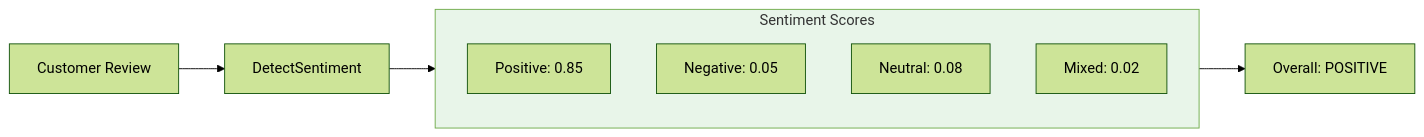
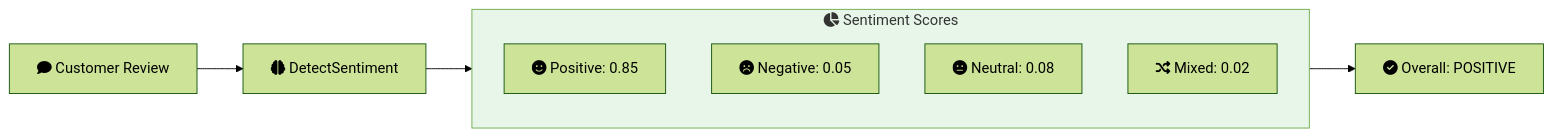
One commit to vinu76jsr/aws-sample-projects changed the second of 4 diagrams in aws-ml-associate-prep/11-comprehend-nlp/LAB.md. Above: the diagram before and after it, drawn with Mermaid (forest theme). The commit also changed other lines of this file and 15 other files, not shown here.

First line of the commit message:
Add Font Awesome icons to all Mermaid diagrams

````diff
--- a/aws-ml-associate-prep/11-comprehend-nlp/LAB.md
+++ b/aws-ml-associate-prep/11-comprehend-nlp/LAB.md
@@ -55,17 +55,17 @@
 ```mermaid
 flowchart LR
-    Text["Customer Review"] --> API[DetectSentiment]
+    Text["fa:fa-comment Customer Review"] --> API[fa:fa-brain DetectSentiment]
 
     API --> Scores
 
-    subgraph Scores["Sentiment Scores"]
-        Pos[Positive: 0.85]
-        Neg[Negative: 0.05]
-        Neu[Neutral: 0.08]
-        Mix[Mixed: 0.02]
+    subgraph Scores["fa:fa-chart-pie Sentiment Scores"]
+        Pos[fa:fa-smile Positive: 0.85]
+        Neg[fa:fa-frown Negative: 0.05]
+        Neu[fa:fa-meh Neutral: 0.08]
+        Mix[fa:fa-random Mixed: 0.02]
     end
 
-    Scores --> Result[Overall: POSITIVE]
+    Scores --> Result[fa:fa-check-circle Overall: POSITIVE]
 
     style Scores fill:#e8f5e9
 ```
````
